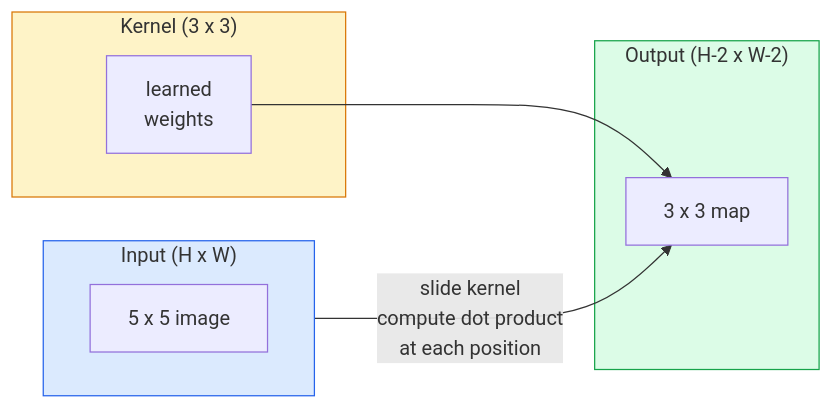
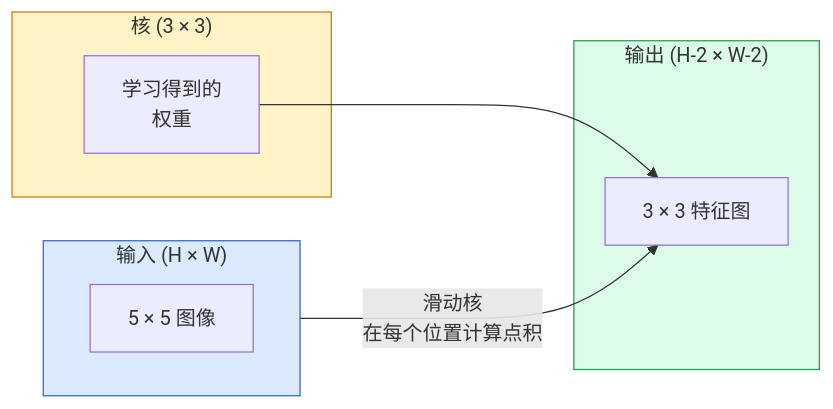
Before and after one commit to guangningsun/ailearning: the first of 2 diagrams in lessons/04-computer-vision/02-convolutions-from-scratch/docs/zh.md, drawn with Mermaid. The commit also changed other lines of this file and 29 other files, not shown here.

````diff
--- a/lessons/04-computer-vision/02-convolutions-from-scratch/docs/zh.md
+++ b/lessons/04-computer-vision/02-convolutions-from-scratch/docs/zh.md
@@ -31,19 +31,19 @@
 ```mermaid
 flowchart LR
-    subgraph IN["Input (H x W)"]
+    subgraph IN["输入 (H × W)"]
         direction LR
-        I1["5 x 5 image"]
+        I1["5 × 5 图像"]
     end
-    subgraph K["Kernel (3 x 3)"]
-        K1["learned<br/>weights"]
+    subgraph K["核 (3 × 3)"]
+        K1["学习得到的<br/>权重"]
     end
-    subgraph OUT["Output (H-2 x W-2)"]
-        O1["3 x 3 map"]
+    subgraph OUT["输出 (H-2 × W-2)"]
+        O1["3 × 3 特征图"]
     end
-    I1 --> |"slide kernel<br/>compute dot product<br/>at each position"| O1
+    I1 --> |"滑动核<br/>在每个位置计算点积"| O1
     K1 --> O1
 
     style IN fill:#dbeafe,stroke:#2563eb
     style K fill:#fef3c7,stroke:#d97706
     style OUT fill:#dcfce7,stroke:#16a34a
 ```
````
